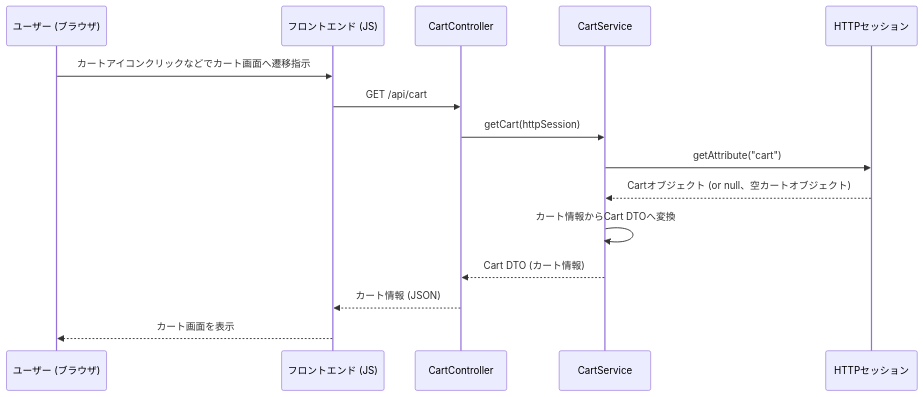
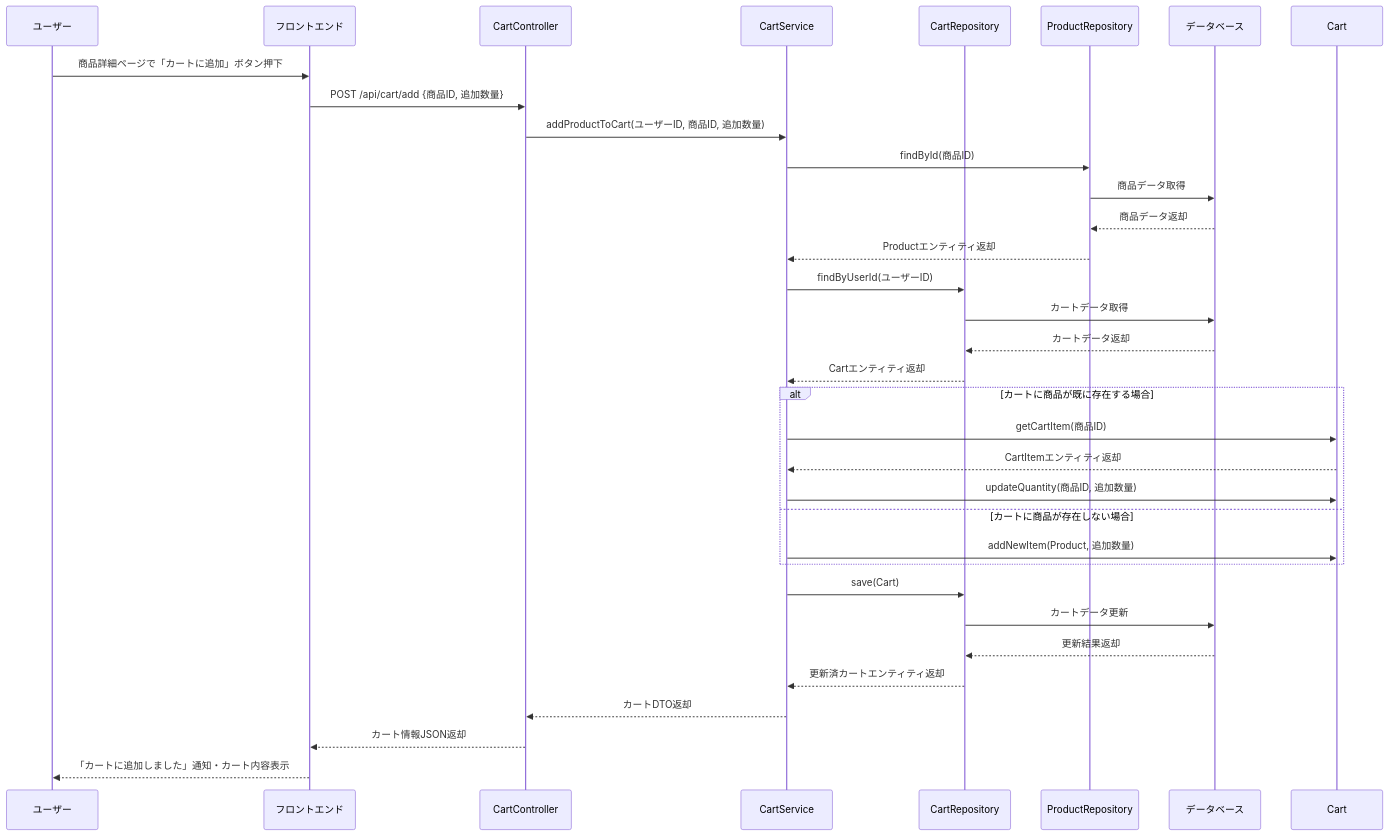
The fourth of 28 diagrams in 詳細設計/担当B_村田/3.2 機能詳細.md (Aoi-Yaegashi/teamF), drawn with Mermaid before and after one commit. The commit also changed other lines of this file and 1 other file, not shown here.

```diff
--- a/詳細設計/担当B_村田/3.2 機能詳細.md
+++ b/詳細設計/担当B_村田/3.2 機能詳細.md
@@ -111,18 +99,36 @@
 <div class="mermaid">
 sequenceDiagram
-    participant User as ユーザー (ブラウザ)
-    participant FE as フロントエンド (JS)
-    participant CartController
-    participant CartService
-    participant HttpSession as HTTPセッション
+    participant User as ユーザー
+    participant Browser as フロントエンド
+    participant CartController as CartController
+    participant CartService as CartService
+    participant CartRepo as CartRepository
+    participant ProductRepo as ProductRepository
+    participant DB as データベース
 
-    User->>FE: カートアイコンクリックなどでカート画面へ遷移指示
-    FE->>CartController: GET /api/cart
-    CartController->>CartService: getCart(httpSession)
-    CartService->>HttpSession: getAttribute("cart")
-    HttpSession-->>CartService: Cartオブジェクト (or null、空カートオブジェクト)
-    CartService->>CartService: カート情報からCart DTOへ変換
-    CartService-->>CartController: Cart DTO (カート情報)
-    CartController-->>FE: カート情報 (JSON)
-    FE-->>User: カート画面を表示
+    User->>Browser: 商品詳細ページで「カートに追加」ボタン押下
+    Browser->>CartController: POST /api/cart/add {商品ID, 追加数量}
+    CartController->>CartService: addProductToCart(ユーザーID, 商品ID, 追加数量)
+    CartService->>ProductRepo: findById(商品ID)
+    ProductRepo->>DB: 商品データ取得
+    DB-->>ProductRepo: 商品データ返却
+    ProductRepo-->>CartService: Productエンティティ返却
+    CartService->>CartRepo: findByUserId(ユーザーID)
+    CartRepo->>DB: カートデータ取得
+    DB-->>CartRepo: カートデータ返却
+    CartRepo-->>CartService: Cartエンティティ返却
+    alt カートに商品が既に存在する場合
+        CartService->>Cart: getCartItem(商品ID)
+        Cart-->>CartService: CartItemエンティティ返却
+        CartService->>Cart: updateQuantity(商品ID, 追加数量)
+    else カートに商品が存在しない場合
+        CartService->>Cart: addNewItem(Product, 追加数量)
+    end
+    CartService->>CartRepo: save(Cart)
+    CartRepo->>DB: カートデータ更新
+    DB-->>CartRepo: 更新結果返却
+    CartRepo-->>CartService: 更新済カートエンティティ返却
+    CartService-->>CartController: カートDTO返却
+    CartController-->>Browser: カート情報JSON返却
+    Browser-->>User: 「カートに追加しました」通知・カート内容表示
 </div>
```
